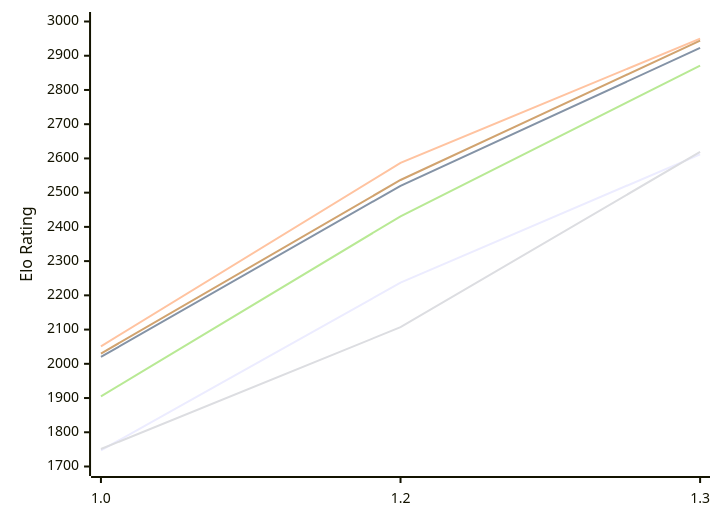
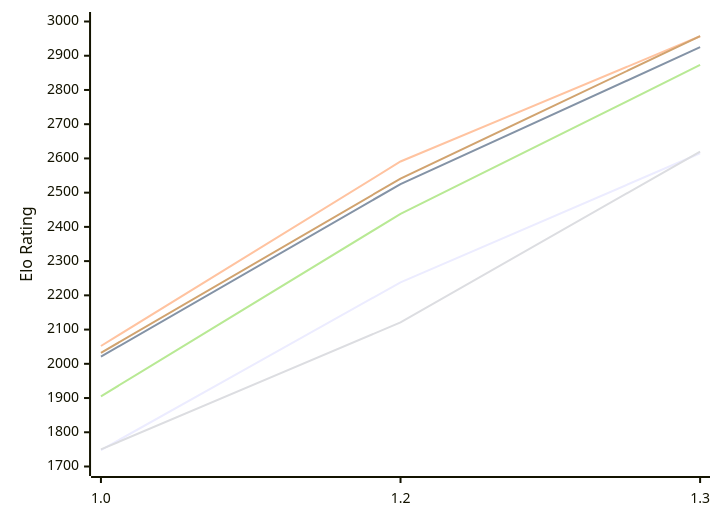
The first of 2 diagrams in engines/Echekinator.md (computer-chess-index/cci), drawn with Mermaid before and after one commit. The commit also changed other lines of this file, not shown here.

Commit message:
Update CCI Ratings (ELO VLTC) - 2026-11-20

````diff
--- a/engines/Echekinator.md
+++ b/engines/Echekinator.md
@@ -52,12 +52,12 @@
 ```mermaid
 %%{init: {"theme":"base","themeVariables":{"seriesColors:['#a3a3a3','#222221','#faa371']}}}%%
 xychart-beta
   x-axis ["1.0", "1.2", "1.3"]
   y-axis "Elo Rating" 1700 --> 3000
-  line "E1: STC (8.0+0.08s)" [1747, 2237, 2612]
-  line "E1: LTC (60.0+0.60s)" [2020, 2520, 2923]
-  line "E1: VLTC (2m24s+1.12s)" [2051, 2587, 2950]
-  line "P1: STC (8.0+0.08s)" [1751, 2107, 2619]
-  line "P1: LTC (60.0+0.60s)" [1905, 2431, 2871]
-  line "P1: VLTC (2m24s+1.12s)" [2030, 2537, 2944]
+  line "E1: STC (8.0+0.08s)" [1748, 2238, 2615]
+  line "E1: LTC (60.0+0.60s)" [2021, 2525, 2925]
+  line "E1: VLTC (2m24s+1.12s)" [2052, 2591, 2957]
+  line "P1: STC (8.0+0.08s)" [1750, 2121, 2620]
+  line "P1: LTC (60.0+0.60s)" [1905, 2438, 2873]
+  line "P1: VLTC (2m24s+1.12s)" [2032, 2541, 2957]
 ```
````
